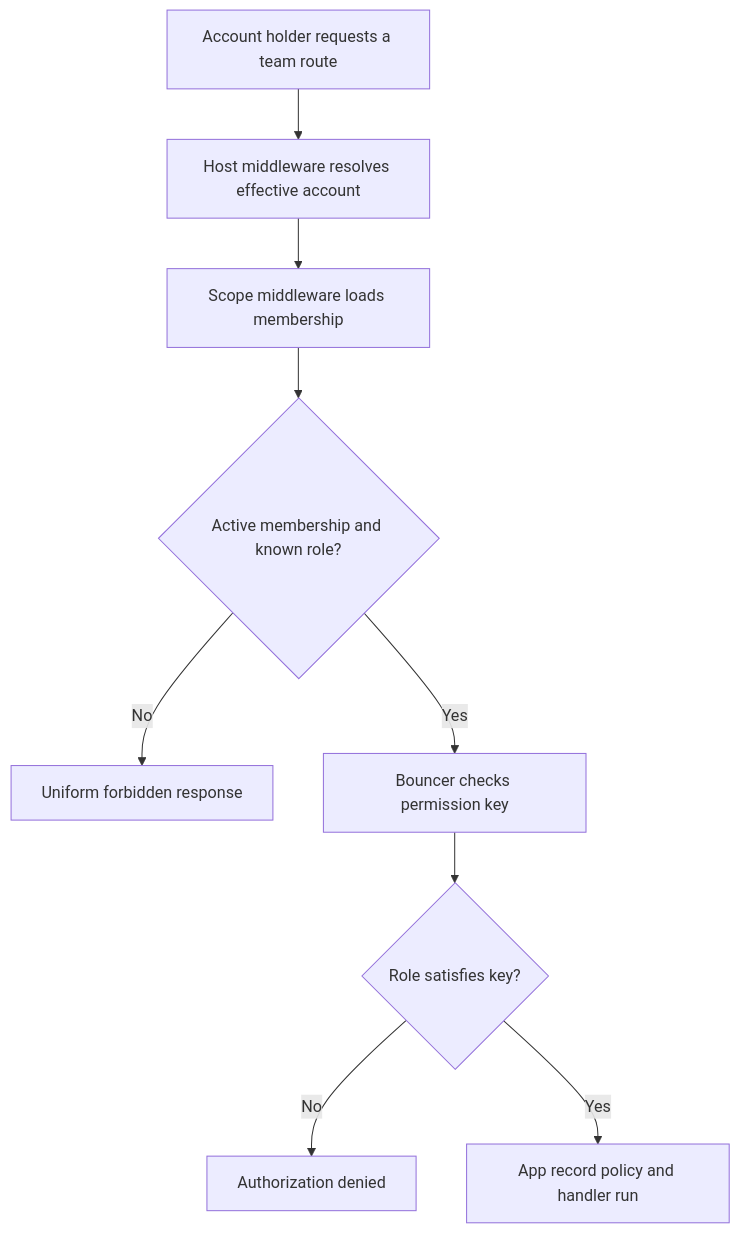
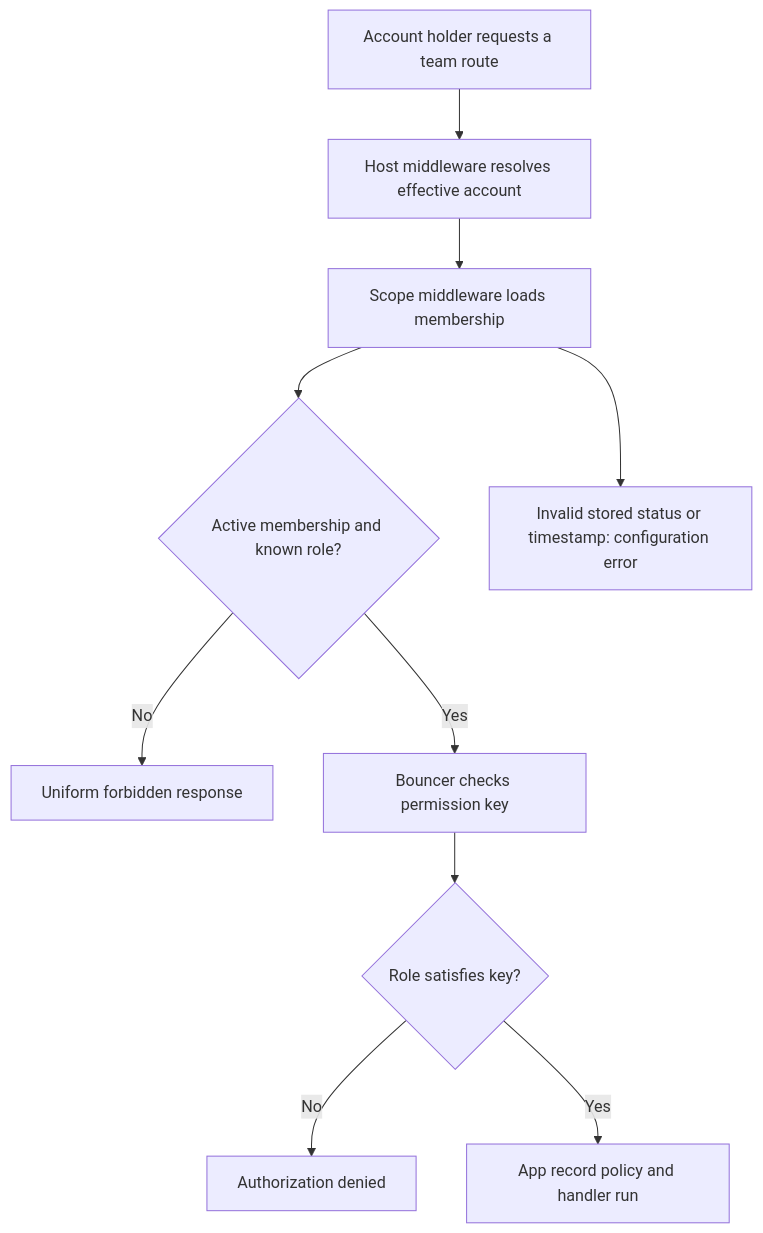
The first of 2 diagrams in user-stories/US-ACCESS-02-enter-scoped-route.md (Kevinjohn/oss-adonisjs-access-control), drawn with Mermaid before and after one commit. The commit also changed other lines of this file and 31 other files, not shown here.

````diff
--- a/user-stories/US-ACCESS-02-enter-scoped-route.md
+++ b/user-stories/US-ACCESS-02-enter-scoped-route.md
@@ -21,11 +25,12 @@
 ```mermaid
 flowchart TD
     A["Account holder requests a team route"] --> B["Host middleware resolves effective account"]
     B --> C["Scope middleware loads membership"]
     C --> D{"Active membership and known role?"}
+    C --> X["Invalid stored status or timestamp: configuration error"]
     D -->|No| E["Uniform forbidden response"]
     D -->|Yes| F["Bouncer checks permission key"]
     F --> G{"Role satisfies key?"}
     G -->|No| H["Authorization denied"]
     G -->|Yes| I["App record policy and handler run"]
 ```
````
